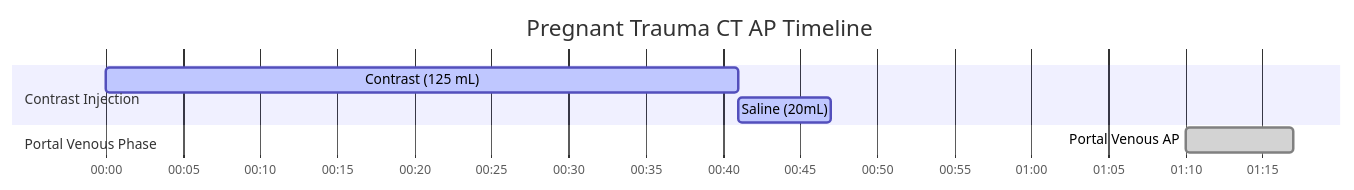
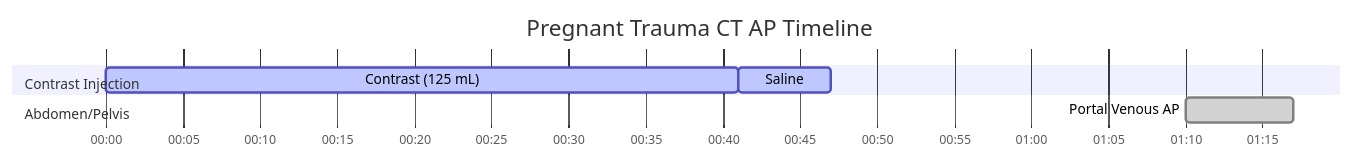
One commit to dfergs93/radiology-protocols changed the diagram in docs/ct/trauma/pregnant-trauma-ct-ap.md. Above: the diagram before and after it, drawn with Mermaid. The commit also changed other lines of this file and 101 other files, not shown here.

````diff
--- a/docs/ct/trauma/pregnant-trauma-ct-ap.md
+++ b/docs/ct/trauma/pregnant-trauma-ct-ap.md
@@ -80,16 +81,18 @@
   ```mermaid
   ---
+  displayMode: compact
   config:
     theme: default
+    themeCSS: " #Saline{ fill: #4ed5ff; stroke: #2094f3; } "
   ---
     gantt
       title Pregnant Trauma CT AP Timeline
       dateFormat mm:ss
       axisFormat %M:%S 
       
       section Contrast Injection
       Contrast (125 mL)    :active, contrast, 00:00, 41s
-      Saline (20mL)          :active, saline, after contrast, 6s
-      section Portal Venous Phase
+      Saline          :active, saline, after contrast, 6s
+      section Abdomen/Pelvis
       Portal Venous AP    :done, scan1, 01:10, 7s
   ```
````
